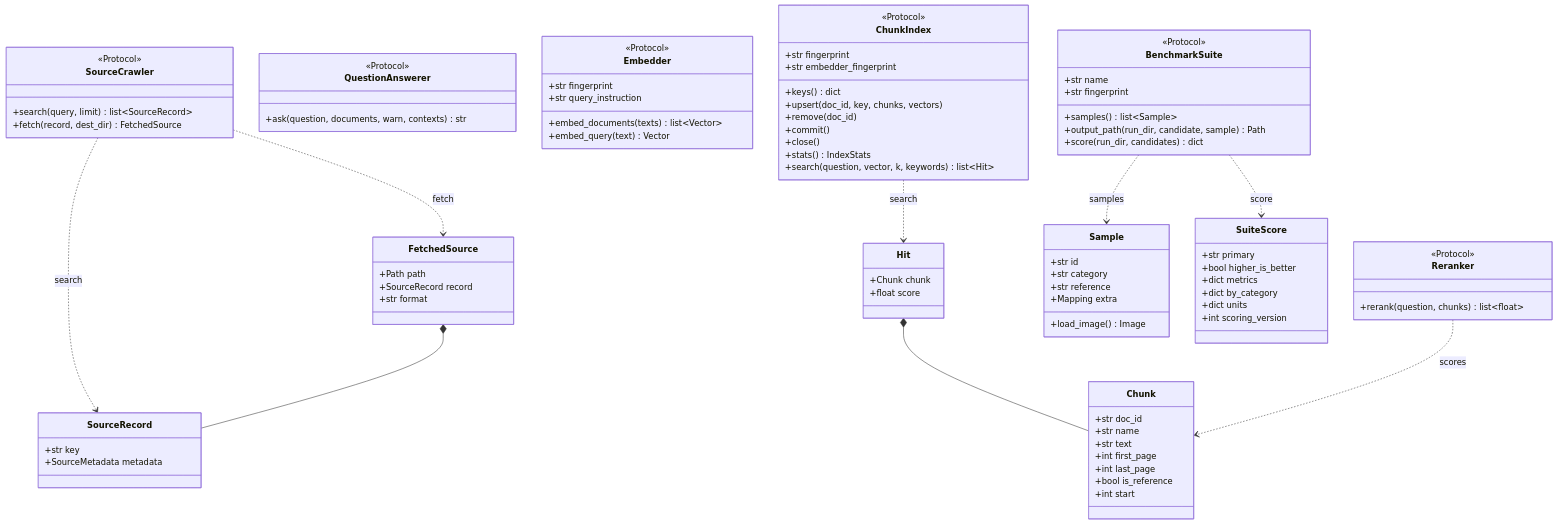
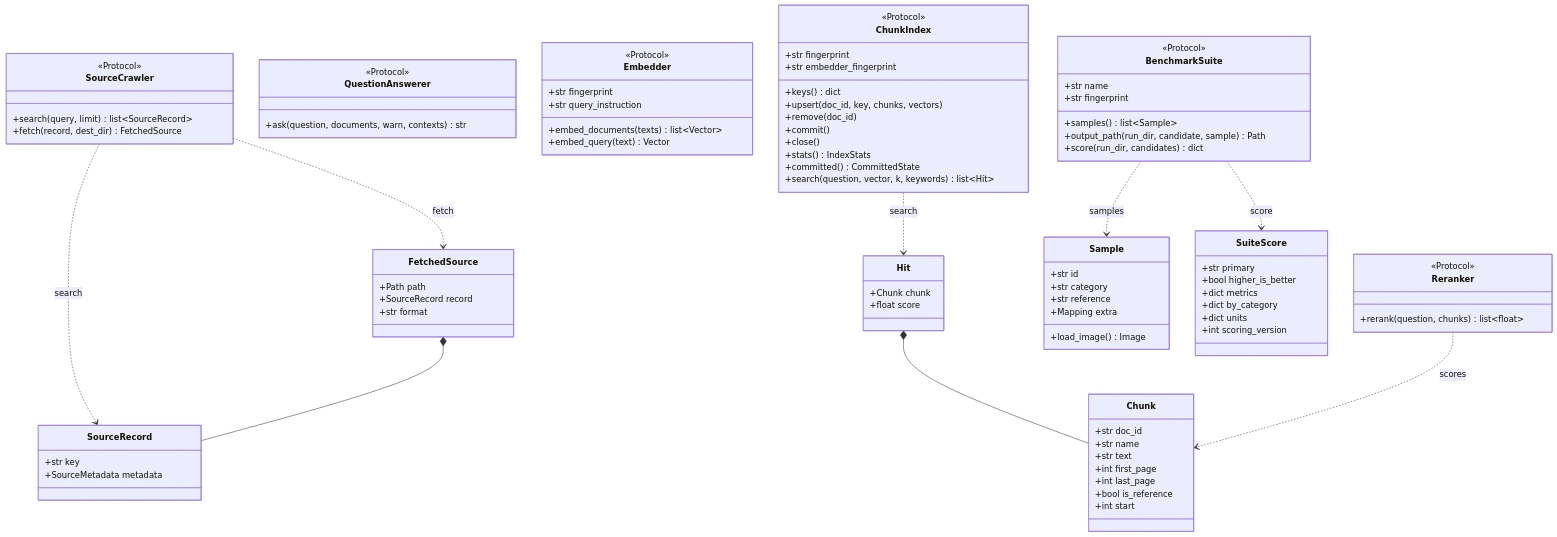
The fifth of 18 diagrams in packages/docingest/docs/architecture.md (etxsA/doc-ingest), drawn with Mermaid before and after one commit. The commit also changed 15 other files, not shown here.

```diff
--- a/packages/docingest/docs/architecture.md
+++ b/packages/docingest/docs/architecture.md
@@ -344,6 +344,7 @@
         +commit()
         +close()
         +stats() IndexStats
+        +committed() CommittedState
         +search(question, vector, k, keywords) list~Hit~
     }
     class Reranker {
```
